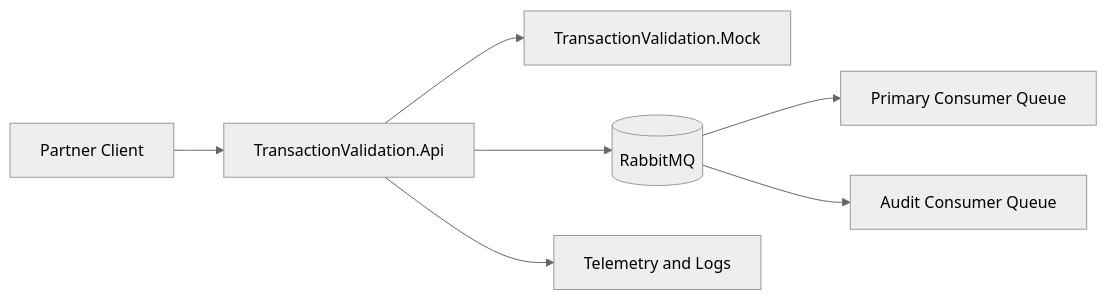
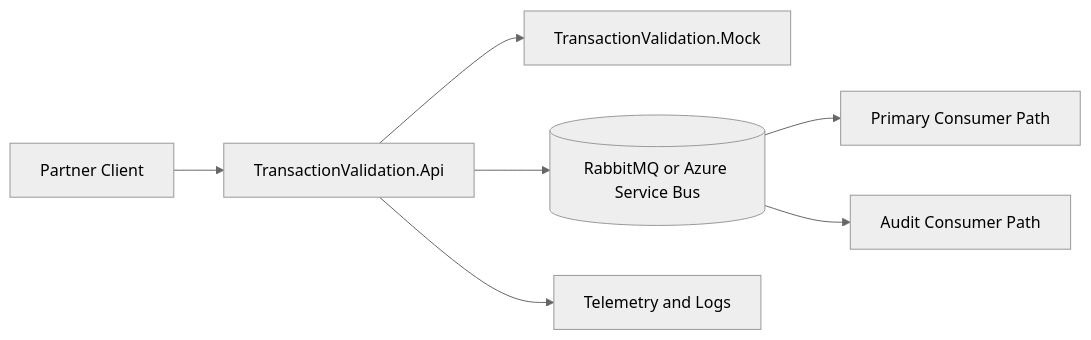
One commit to haudtech/transaction-validation changed the first of 3 diagrams in docs/architecture_design/Architecture_design.md. Above: the diagram before and after it, drawn with Mermaid (neutral theme). The commit also changed other lines of this file and 7 other files, not shown here.

First line of the commit message:
- Corrects E2E tests aligning to both mode: Real Azure service bus and RabbitMQ. - Updates docs

````diff
--- a/docs/architecture_design/Architecture_design.md
+++ b/docs/architecture_design/Architecture_design.md
@@ -27,9 +29,9 @@
 ```mermaid
 flowchart LR
     Partner[Partner Client] --> API[TransactionValidation.Api]
     API --> Mock[TransactionValidation.Mock]
-    API --> MQ[(RabbitMQ)]
-    MQ --> Primary[Primary Consumer Queue]
-    MQ --> Audit[Audit Consumer Queue]
+    API --> Broker[(RabbitMQ or Azure Service Bus)]
+    Broker --> Primary[Primary Consumer Path]
+    Broker --> Audit[Audit Consumer Path]
     API --> Obs[Telemetry and Logs]
 ```
````
